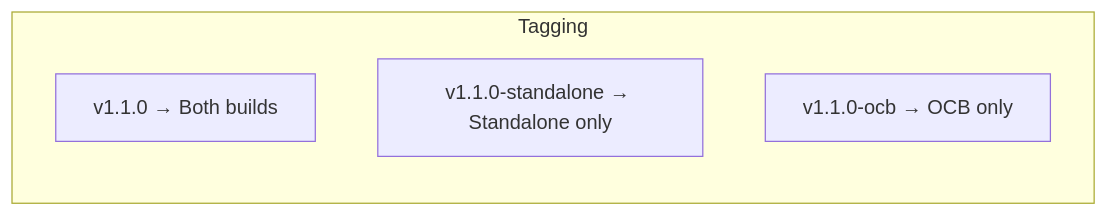
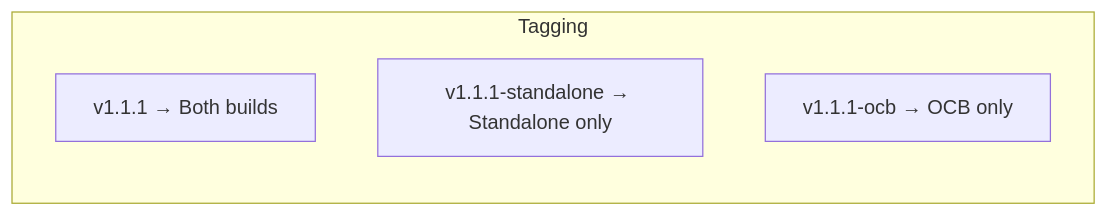
One commit to telemetryflow/telemetryflow-collector changed diagram 19 of 21 in docs/GITHUB-WORKFLOWS.md. Above: the diagram before and after it, drawn with Mermaid. The commit also changed other lines of this file and 18 other files, not shown here.

````diff
--- a/docs/GITHUB-WORKFLOWS.md
+++ b/docs/GITHUB-WORKFLOWS.md
@@ -660,8 +660,8 @@
 ```mermaid
 flowchart LR
     subgraph "Tagging"
-        T1[v1.1.0 → Both builds]
-        T2[v1.1.0-standalone → Standalone only]
-        T3[v1.1.0-ocb → OCB only]
+        T1[v1.1.1 → Both builds]
+        T2[v1.1.1-standalone → Standalone only]
+        T3[v1.1.1-ocb → OCB only]
     end
 ```
````
